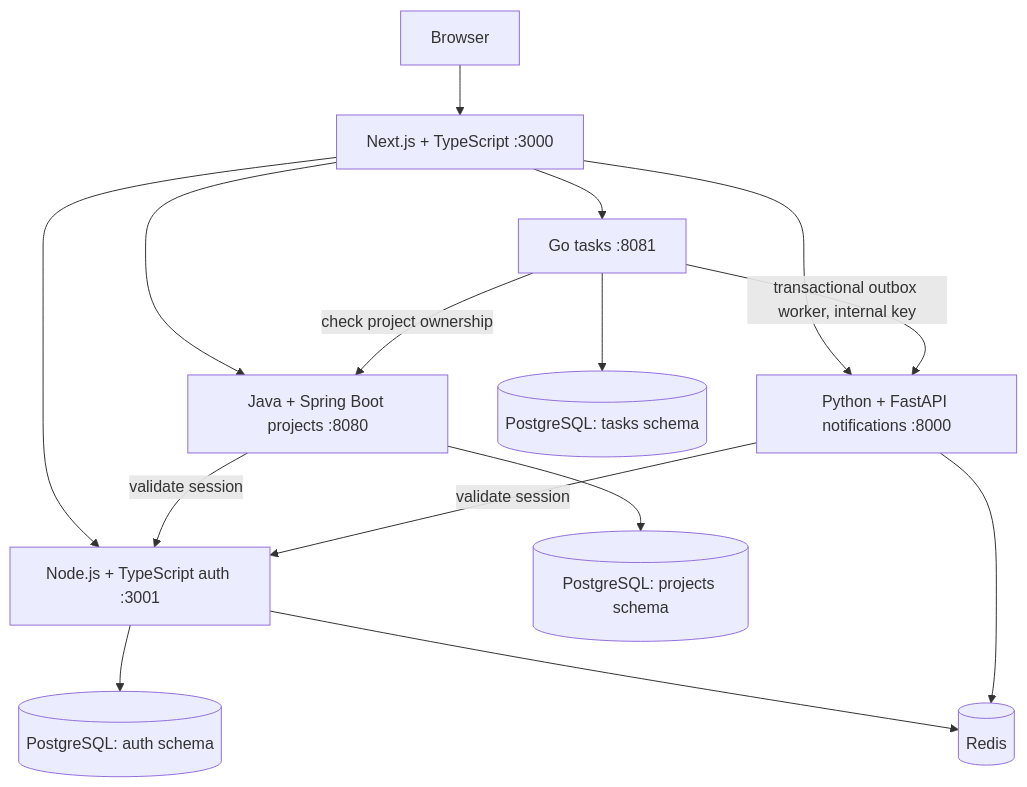
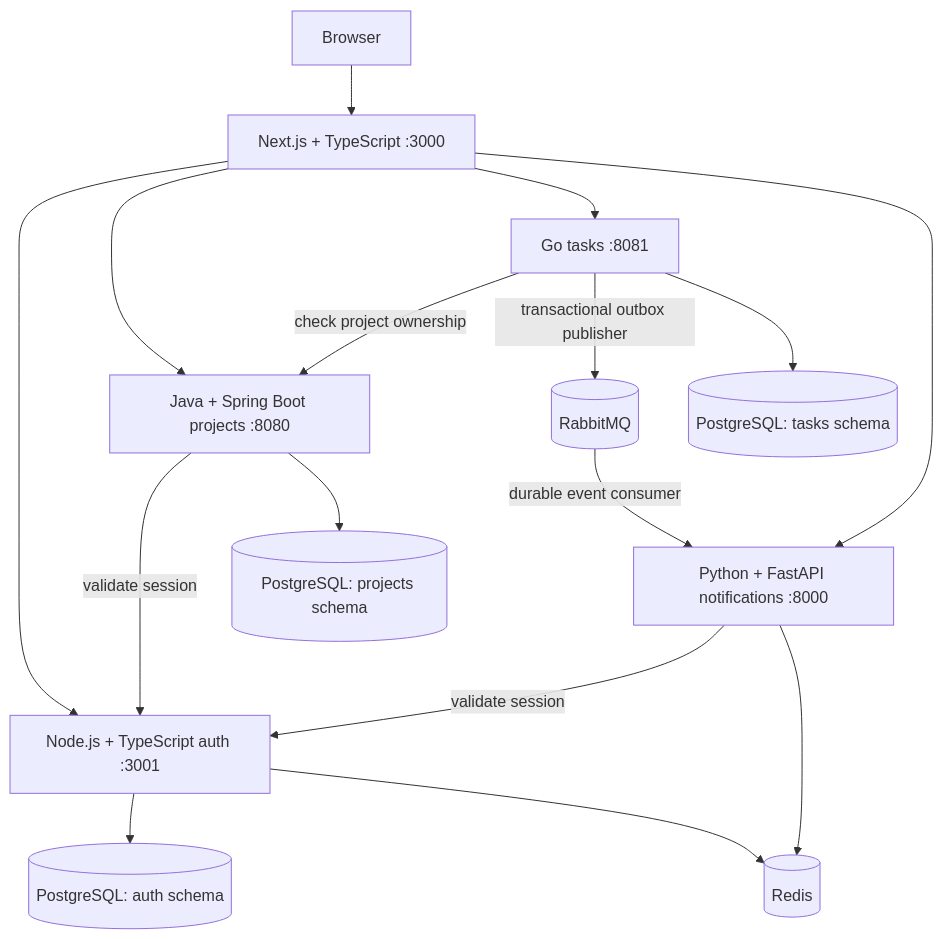
Before and after one commit to DeucesDevops/taskflow: the diagram in docs/architecture.md, drawn with Mermaid. The commit also changed other lines of this file and 62 other files, not shown here.

````diff
--- a/docs/architecture.md
+++ b/docs/architecture.md
@@ -3,17 +5,18 @@
 ```mermaid
 flowchart TD
     Browser[Browser] --> Frontend[Next.js + TypeScript :3000]
     Frontend --> Auth[Node.js + TypeScript auth :3001]
     Frontend --> Projects[Java + Spring Boot projects :8080]
     Frontend --> Tasks[Go tasks :8081]
     Frontend --> Notifications[Python + FastAPI notifications :8000]
     Projects -->|validate session| Auth
     Tasks -->|check project ownership| Projects
-    Tasks -->|transactional outbox worker, internal key| Notifications
+    Tasks -->|transactional outbox publisher| RabbitMQ[(RabbitMQ)]
+    RabbitMQ -->|durable event consumer| Notifications
     Notifications -->|validate session| Auth
     Auth --> Postgres[(PostgreSQL: auth schema)]
     Projects --> ProjectDB[(PostgreSQL: projects schema)]
     Tasks --> TaskDB[(PostgreSQL: tasks schema)]
     Auth --> Redis[(Redis)]
     Notifications --> Redis
 ```
````
